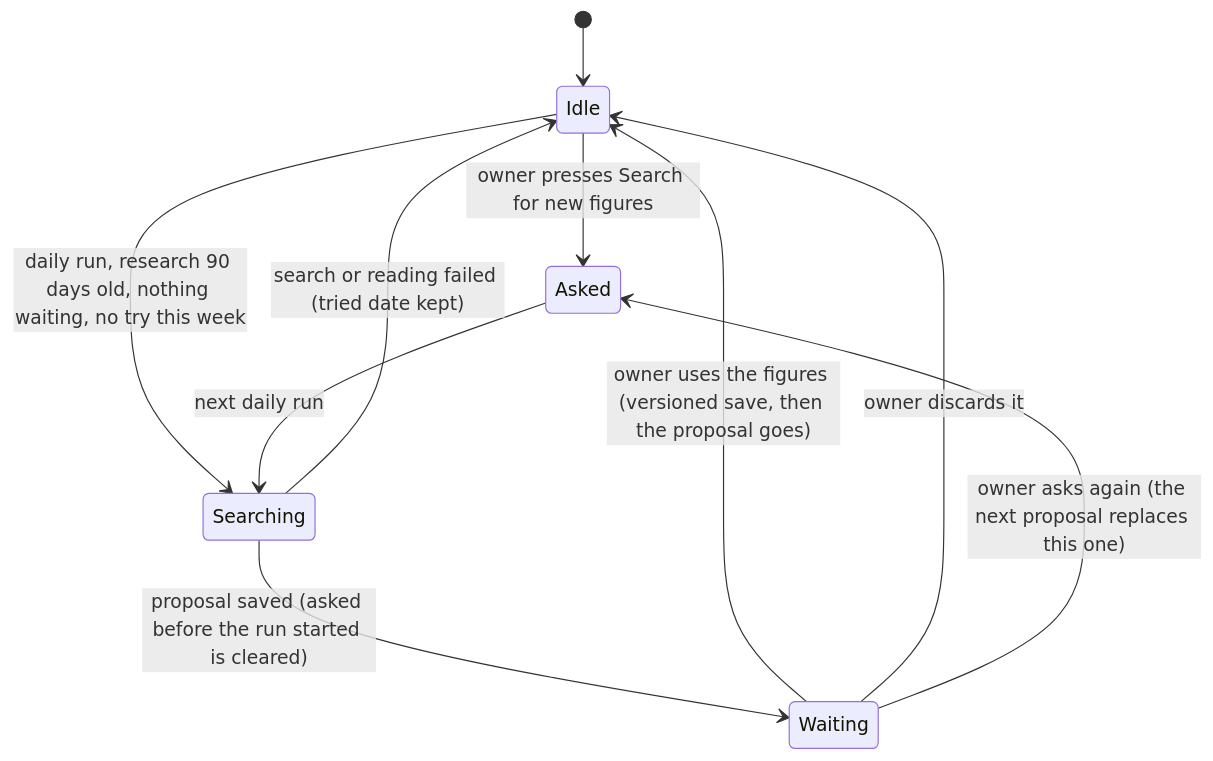
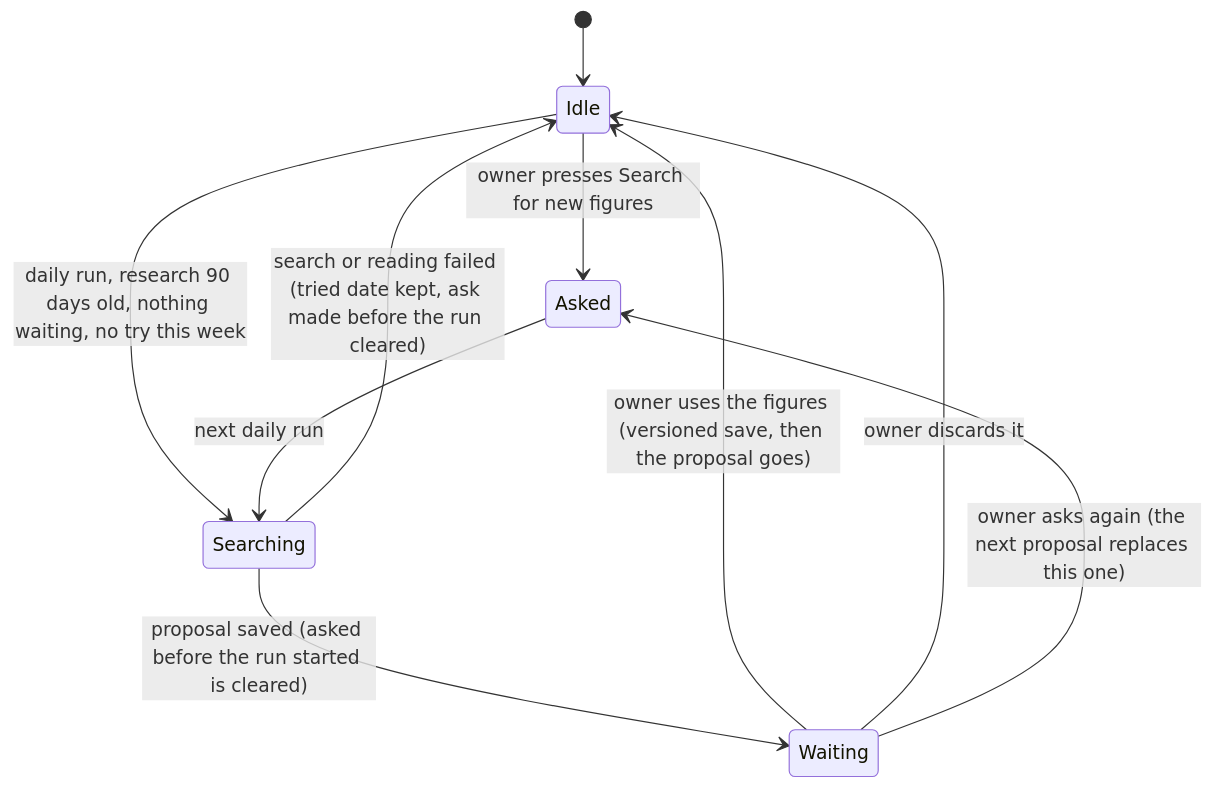
The diagram in docs/plans/2026-11-market-refresh.md (kwilson21/thesuperhuman.us), drawn with Mermaid before and after one commit. The commit also changed other lines of this file and 7 other files, not shown here.

````diff
--- a/docs/plans/2026-11-market-refresh.md
+++ b/docs/plans/2026-11-market-refresh.md
@@ -65,12 +71,12 @@
 ```mermaid
 stateDiagram-v2
     [*] --> Idle
     Idle --> Asked: owner presses Search for new figures
     Idle --> Searching: daily run, research 90 days old, nothing waiting, no try this week
     Asked --> Searching: next daily run
     Searching --> Waiting: proposal saved (asked before the run started is cleared)
-    Searching --> Idle: search or reading failed (tried date kept)
+    Searching --> Idle: search or reading failed (tried date kept, ask made before the run cleared)
     Waiting --> Idle: owner uses the figures (versioned save, then the proposal goes)
     Waiting --> Idle: owner discards it
     Waiting --> Asked: owner asks again (the next proposal replaces this one)
 ```
````
